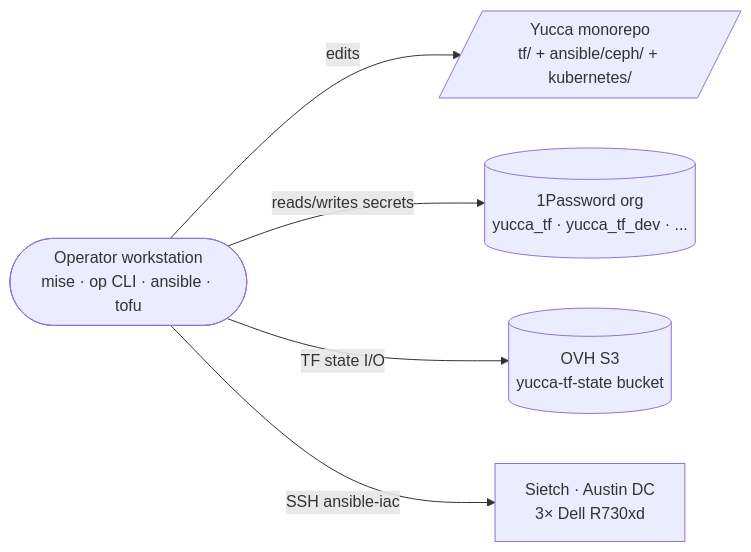
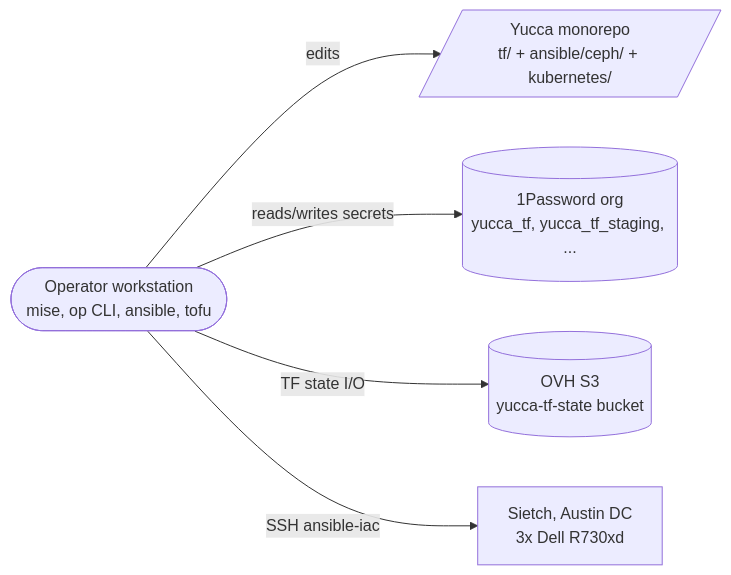
The first of 11 diagrams in ansible/ceph/docs/architecture.md (immich-app/yucca), drawn with Mermaid before and after one commit. The commit also changed other lines of this file and 36 other files, not shown here.

````diff
--- a/ansible/ceph/docs/architecture.md
+++ b/ansible/ceph/docs/architecture.md
@@ -15,13 +15,13 @@
 ```mermaid
 flowchart LR
-    OP([Operator workstation<br/>mise · op CLI · ansible · tofu])
+    OP([Operator workstation<br/>mise, op CLI, ansible, tofu])
     YUCCA[/Yucca monorepo<br/>tf/ + ansible/ceph/ + kubernetes//]
-    ONEP[("1Password org<br/>yucca_tf · yucca_tf_dev · ...")]
+    ONEP[("1Password org<br/>yucca_tf, yucca_tf_staging, ...")]
     S3[("OVH S3<br/>yucca-tf-state bucket")]
-    SIETCH["Sietch · Austin DC<br/>3× Dell R730xd"]
+    SIETCH["Sietch, Austin DC<br/>3x Dell R730xd"]
 
     OP -->|edits| YUCCA
     OP -->|reads/writes secrets| ONEP
     OP -->|TF state I/O| S3
     OP -->|SSH ansible-iac| SIETCH
 ```
````
